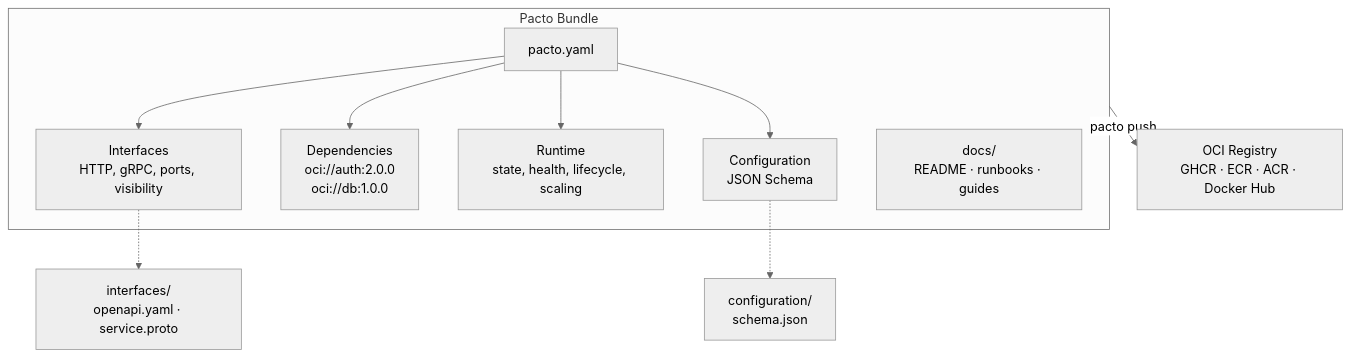
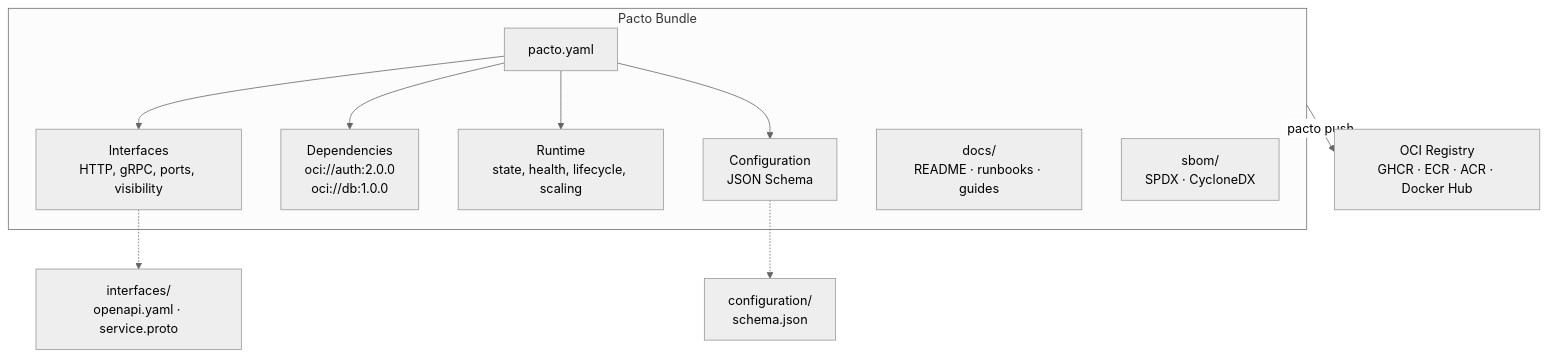
The diagram in README.md (TrianaLab/pacto), drawn with Mermaid (neutral theme) before and after one commit. The commit also changed other lines of this file and 19 other files, not shown here.

First line of the commit message:
feat: add optional SBOM support with SPDX and CycloneDX diffing (#29)

````diff
--- a/README.md
+++ b/README.md
@@ -178,18 +180,19 @@
 ```mermaid
 graph TD
     subgraph Bundle["Pacto Bundle"]
         YAML["pacto.yaml"]
         YAML --> Interfaces["Interfaces<br/>HTTP, gRPC, ports, visibility"]
         YAML --> Dependencies["Dependencies<br/>oci://auth:2.0.0<br/>oci://db:1.0.0"]
         YAML --> Runtime["Runtime<br/>state, health, lifecycle, scaling"]
         YAML --> Config["Configuration<br/>JSON Schema"]
         Docs["docs/<br/>README · runbooks · guides"]
+        SBOM["sbom/<br/>SPDX · CycloneDX"]
     end
 
     IF["interfaces/<br/>openapi.yaml · service.proto"]
     CF["configuration/<br/>schema.json"]
 
     Interfaces -.-> IF
     Config -.-> CF
     Bundle -- "pacto push" --> Registry["OCI Registry<br/>GHCR · ECR · ACR · Docker Hub"]
 ```
````
